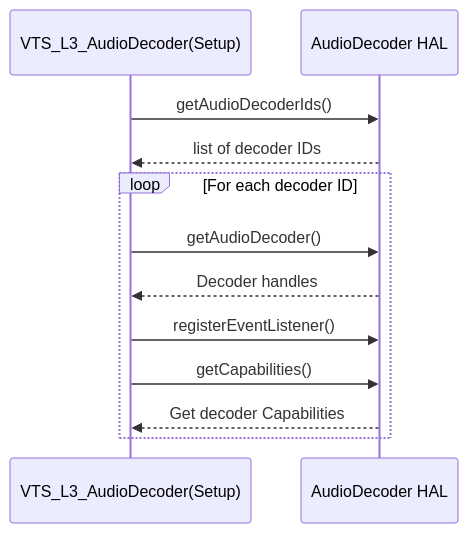
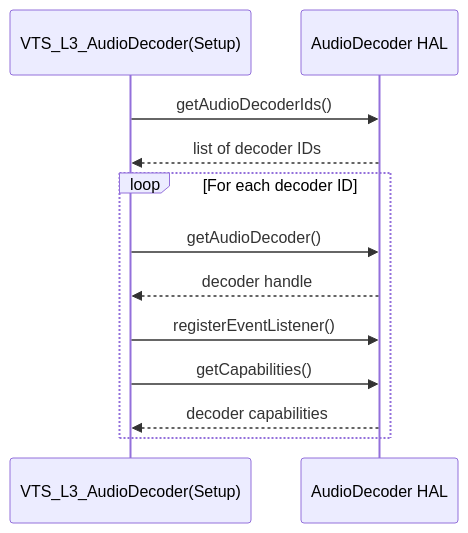
Before and after one commit to davidkoo-brcm/rdk-halif-aidl-test-audiodecoder: the second of 10 diagrams in docs/pages/audioDecoder_L3_Low-Level_TestSpecification.md, drawn with Mermaid. The commit also changed other lines of this file and 1 other file, not shown here.

````diff
--- a/docs/pages/audioDecoder_L3_Low-Level_TestSpecification.md
+++ b/docs/pages/audioDecoder_L3_Low-Level_TestSpecification.md
@@ -191,15 +206,15 @@
 ```mermaid
 sequenceDiagram
   participant VTS_L3_AudioDecoder(Setup)
   participant AudioDecoder HAL
 
   VTS_L3_AudioDecoder(Setup)->>AudioDecoder HAL: getAudioDecoderIds()
   AudioDecoder HAL-->>VTS_L3_AudioDecoder(Setup): list of decoder IDs
   loop For each decoder ID
     VTS_L3_AudioDecoder(Setup)->>AudioDecoder HAL: getAudioDecoder()
-    AudioDecoder HAL-->>VTS_L3_AudioDecoder(Setup): Decoder handles
+    AudioDecoder HAL-->>VTS_L3_AudioDecoder(Setup): decoder handle
     VTS_L3_AudioDecoder(Setup)->>AudioDecoder HAL: registerEventListener()
     VTS_L3_AudioDecoder(Setup)->>AudioDecoder HAL: getCapabilities()
-    AudioDecoder HAL-->>VTS_L3_AudioDecoder(Setup): Get decoder Capabilities
+    AudioDecoder HAL-->>VTS_L3_AudioDecoder(Setup): decoder capabilities
   end
 ```
````
